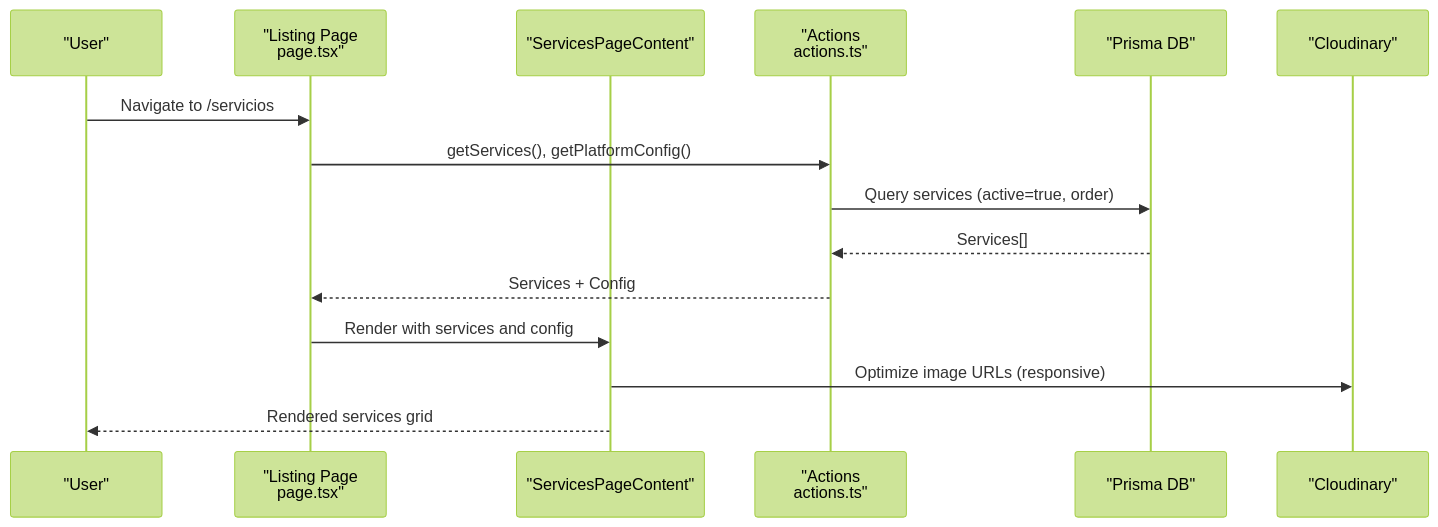
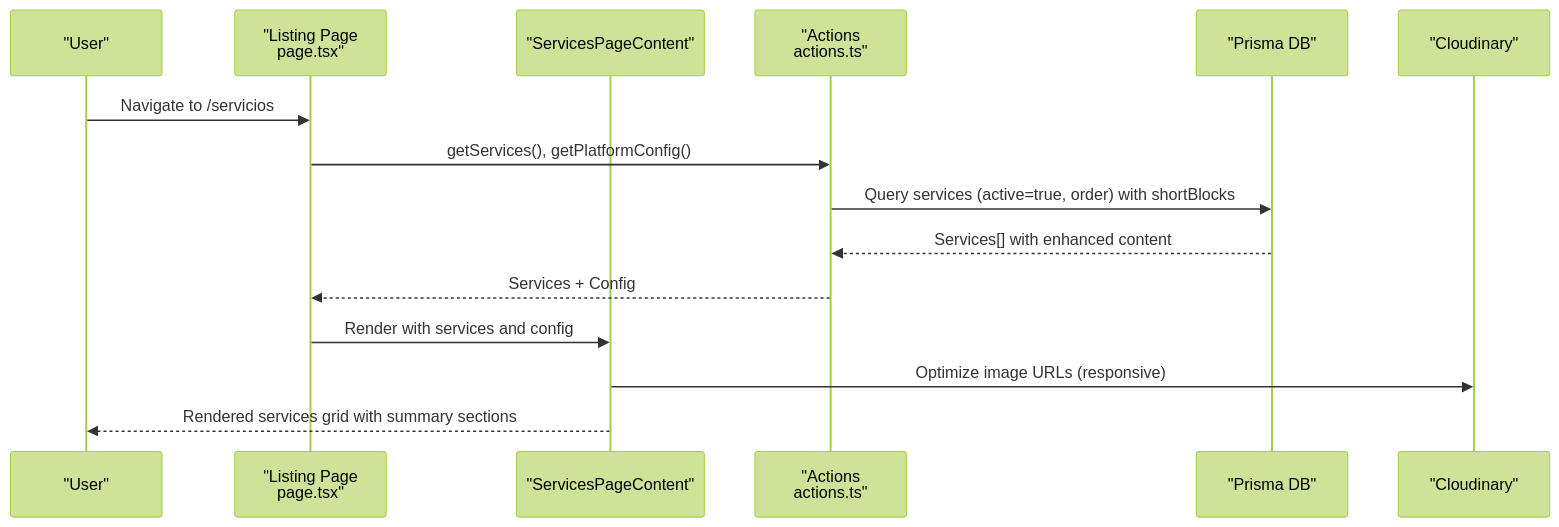
Before and after one commit to xLegarda/GreenAxis: the second of 13 diagrams in .qoder/repowiki/en/content/Core Features Implementation/Public Website Features/Services Catalog System.md, drawn with Mermaid (forest theme). The commit also changed other lines of this file and 42 other files, not shown here.

````diff
--- a/.qoder/repowiki/en/content/Core Features Implementation/Public Website Features/Services Catalog System.md
+++ b/.qoder/repowiki/en/content/Core Features Implementation/Public Website Features/Services Catalog System.md
@@ -160,17 +172,17 @@
 ```mermaid
 sequenceDiagram
 participant U as "User"
 participant LP as "Listing Page<br/>page.tsx"
 participant PC as "ServicesPageContent"
 participant AC as "Actions<br/>actions.ts"
 participant DB as "Prisma DB"
 participant CL as "Cloudinary"
 U->>LP : Navigate to /servicios
 LP->>AC : getServices(), getPlatformConfig()
-AC->>DB : Query services (active=true, order)
-DB-->>AC : Services[]
+AC->>DB : Query services (active=true, order) with shortBlocks
+DB-->>AC : Services[] with enhanced content
 AC-->>LP : Services + Config
 LP->>PC : Render with services and config
 PC->>CL : Optimize image URLs (responsive)
-PC-->>U : Rendered services grid
+PC-->>U : Rendered services grid with summary sections
 ```
````
